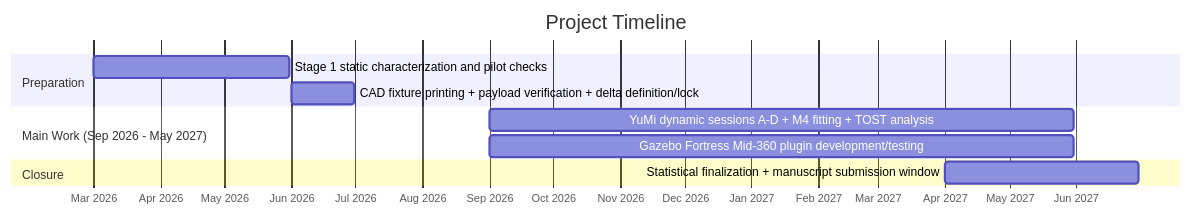
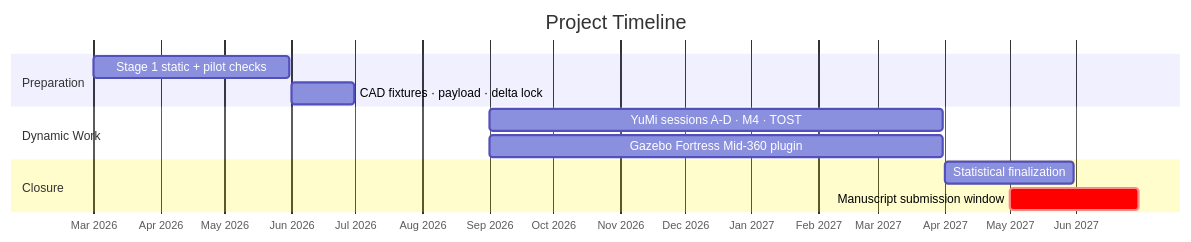
Before and after one commit to Narcis-Abella/slam-sensor-metrological-validation: the second of 2 diagrams in README.md, drawn with Mermaid.

Commit message:
Refine project timeline in README
Updated project timeline to clarify stages and sections.

````diff
--- a/README.md
+++ b/README.md
@@ -230,14 +230,18 @@
 ```mermaid
 gantt
     title Project Timeline
     dateFormat  YYYY-MM-DD
     axisFormat  %b %Y
+
     section Preparation
-    Stage 1 static characterization and pilot checks :a1, 2026-03-01, 2026-05-31
-    CAD fixture printing + payload verification + delta definition/lock :a2, 2026-06-01, 2026-06-30
-    section Main Work (Sep 2026 - May 2027)
-    YuMi dynamic sessions A-D + M4 fitting + TOST analysis :a3, 2026-09-01, 2027-05-31
-    Gazebo Fortress Mid-360 plugin development/testing :a4, 2026-09-01, 2027-05-31
+    Stage 1 static + pilot checks       :a1, 2026-03-01, 2026-05-31
+    CAD fixtures · payload · delta lock :a2, 2026-06-01, 2026-06-30
+
+    section Dynamic Work
+    YuMi sessions A-D · M4 · TOST      :a3, 2026-09-01, 2027-03-31
+    Gazebo Fortress Mid-360 plugin      :a4, 2026-09-01, 2027-03-31
+
     section Closure
-    Statistical finalization + manuscript submission window :a5, 2027-04-01, 2027-06-30
+    Statistical finalization            :a5, 2027-04-01, 2027-05-31
+    Manuscript submission window        :crit, a6, 2027-05-01, 2027-06-30
 ```
````
